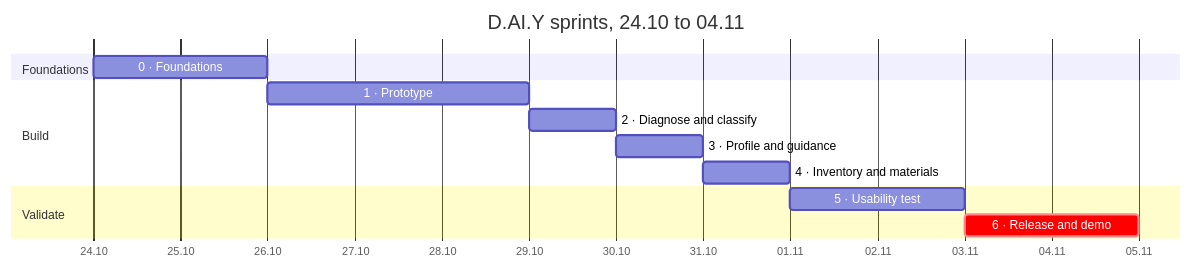
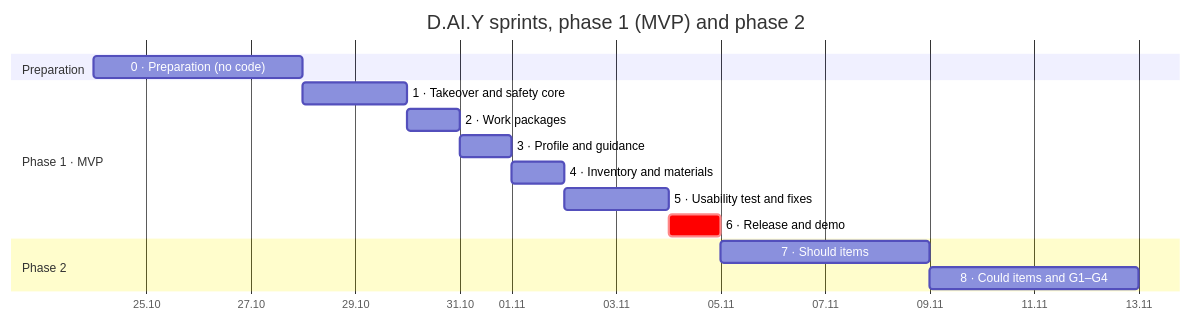
Before and after one commit to mrh421/Applied_AI_DAIY: the diagram in docs/Implementation_Plan_EN.md, drawn with Mermaid. The commit also changed other lines of this file and 1 other file, not shown here.

First line of the commit message:
Implementation plan: start coding Wed 28.10, add phase 2

````diff
--- a/docs/Implementation_Plan_EN.md
+++ b/docs/Implementation_Plan_EN.md
@@ -63,16 +66,18 @@
 ```mermaid
 gantt
-    title D.AI.Y sprints, 24.10 to 04.11
+    title D.AI.Y sprints, phase 1 (MVP) and phase 2
     dateFormat YYYY-MM-DD
     axisFormat %d.%m
-    section Foundations
-    0 · Foundations              :s0, 2026-10-24, 2d
-    section Build
-    1 · Prototype                :s1, 2026-10-26, 3d
-    2 · Diagnose and classify    :s2, 2026-10-29, 1d
-    3 · Profile and guidance     :s3, 2026-10-30, 1d
-    4 · Inventory and materials  :s4, 2026-10-31, 1d
-    section Validate
-    5 · Usability test           :s5, 2026-11-01, 2d
-    6 · Release and demo         :crit, s6, 2026-11-03, 2d
+    section Preparation
+    0 · Preparation (no code)    :s0, 2026-10-24, 4d
+    section Phase 1 · MVP
+    1 · Takeover and safety core :s1, 2026-10-28, 2d
+    2 · Work packages            :s2, 2026-10-30, 1d
+    3 · Profile and guidance     :s3, 2026-10-31, 1d
+    4 · Inventory and materials  :s4, 2026-11-01, 1d
+    5 · Usability test and fixes :s5, 2026-11-02, 2d
+    6 · Release and demo         :crit, s6, 2026-11-04, 1d
+    section Phase 2
+    7 · Should items             :s7, 2026-11-05, 4d
+    8 · Could items and G1–G4    :s8, after s7, 4d
 ```
````
